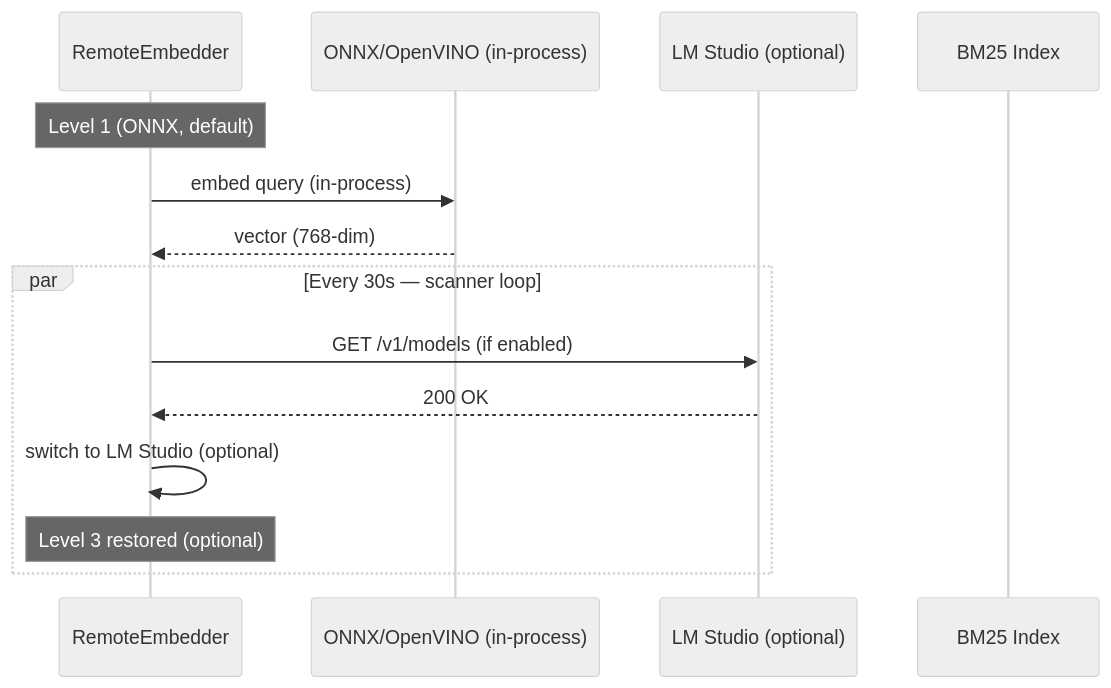
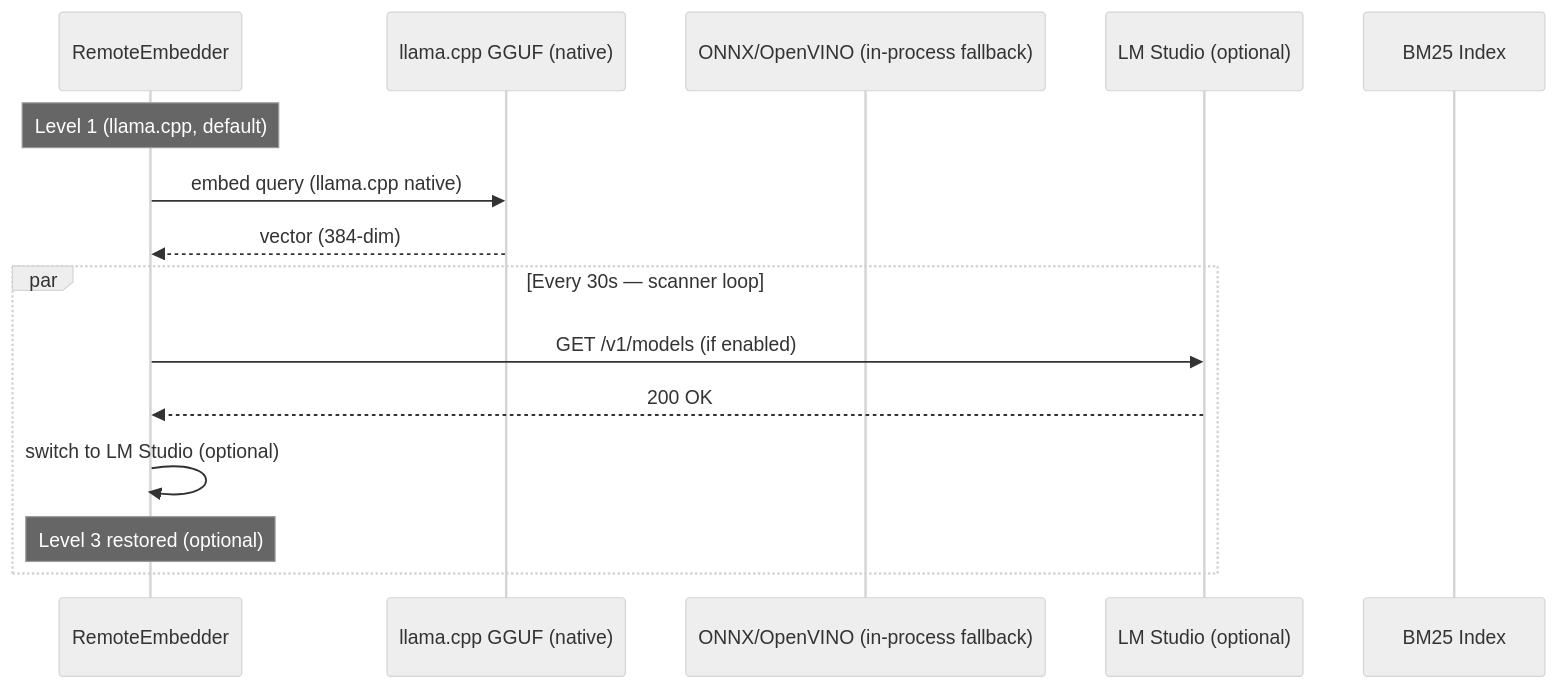
One commit to ManSio/mscodebase-intelligence changed the fourth of 4 diagrams in docs/en/GRACEFUL_DEGRADATION.md. Above: the diagram before and after it, drawn with Mermaid (neutral theme). The commit also changed other lines of this file and 12 other files, not shown here.

First line of the commit message:
docs: pass-2 audit — fix description drift (embedder llama.cpp, log paths, intel counts)

````diff
--- a/docs/en/GRACEFUL_DEGRADATION.md
+++ b/docs/en/GRACEFUL_DEGRADATION.md
@@ -224,18 +222,19 @@
 ```mermaid
 sequenceDiagram
     participant EM as RemoteEmbedder
-    participant ONNX as ONNX/OpenVINO (in-process)
+    participant LLAMA as llama.cpp GGUF (native)
+    participant ONNX as ONNX/OpenVINO (in-process fallback)
     participant LM as LM Studio (optional)
     participant BM25 as BM25 Index
 
-    Note over EM: Level 1 (ONNX, default)
-    EM->>ONNX: embed query (in-process)
-    ONNX-->>EM: vector (768-dim)
+    Note over EM: Level 1 (llama.cpp, default)
+    EM->>LLAMA: embed query (llama.cpp native)
+    LLAMA-->>EM: vector (384-dim)
 
     par Every 30s — scanner loop
         EM->>LM: GET /v1/models (if enabled)
         LM-->>EM: 200 OK
         EM->>EM: switch to LM Studio (optional)
         Note over EM: Level 3 restored (optional)
     end
 ```
````
